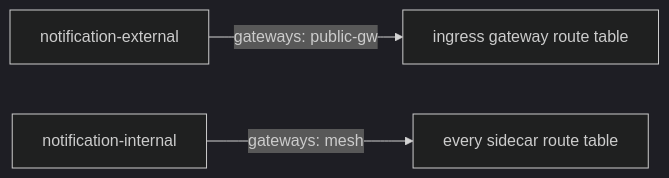
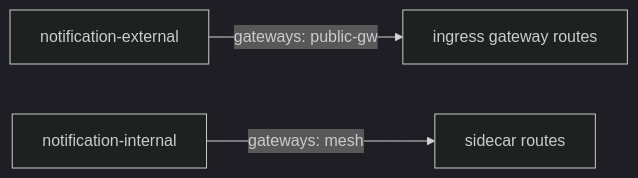
One commit to astrona-io/ATS016 changed the second of 2 diagrams in sections/section-020/module-01/course-02-host-ownership-and-merging.md. Above: the diagram before and after it, drawn with Mermaid (dark theme). The commit also changed other lines of this file and 25 other files, not shown here.

````diff
--- a/sections/section-020/module-01/course-02-host-ownership-and-merging.md
+++ b/sections/section-020/module-01/course-02-host-ownership-and-merging.md
@@ -87,5 +85,5 @@
 ```mermaid
 flowchart LR
-    E["notification-external"] -->|"gateways: public-gw"| G["ingress gateway route table"]
-    I["notification-internal"] -->|"gateways: mesh"| S["every sidecar route table"]
+    E["notification-external"] -->|"gateways: public-gw"| G["ingress gateway routes"]
+    I["notification-internal"] -->|"gateways: mesh"| S["sidecar routes"]
 ```
````
